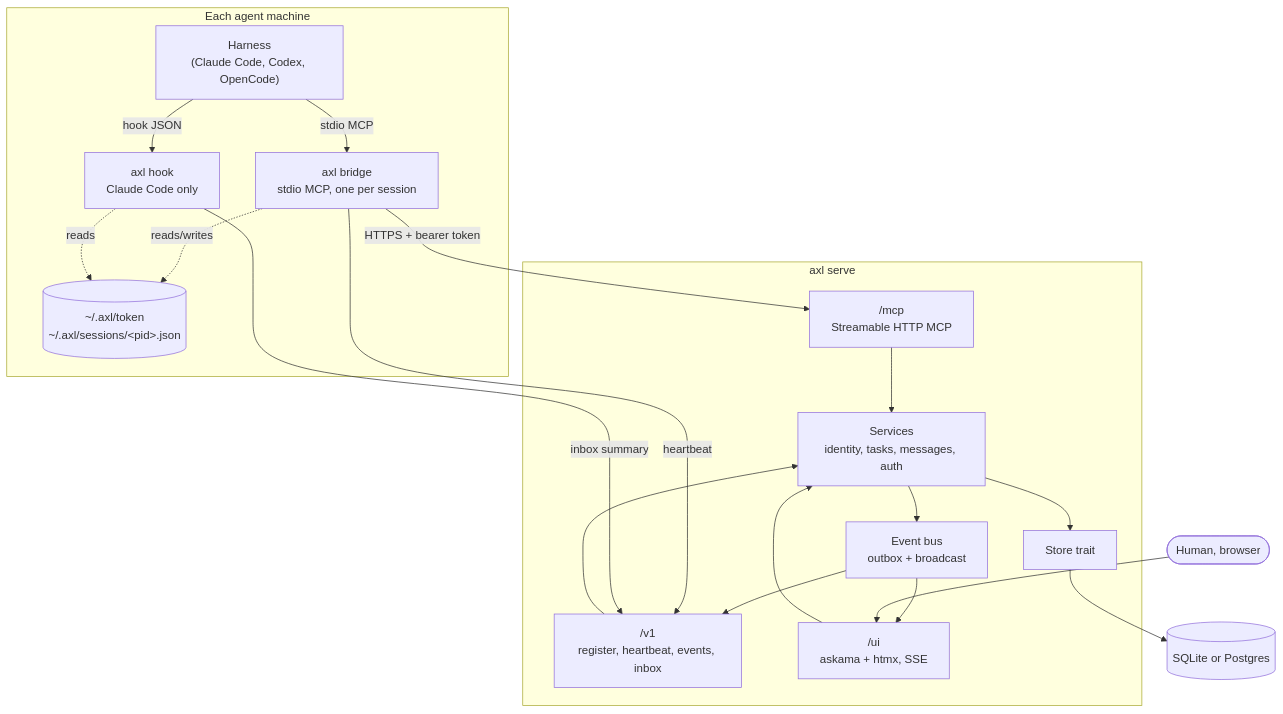
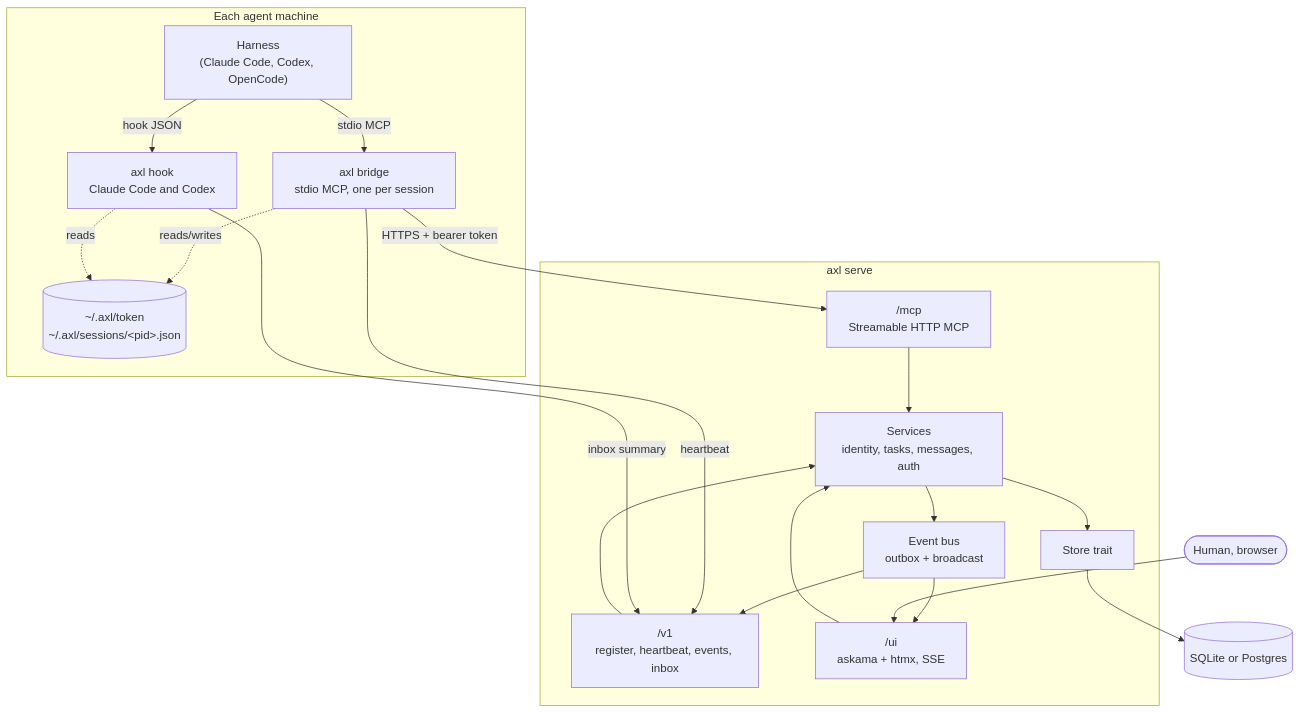
One commit to ReyemTech/axle changed the first of 2 diagrams in docs/architecture.md. Above: the diagram before and after it, drawn with Mermaid. The commit also changed other lines of this file and 10 other files, not shown here.

````diff
--- a/docs/architecture.md
+++ b/docs/architecture.md
@@ -8,34 +8,34 @@
 ```mermaid
 flowchart TB
     subgraph host["Each agent machine"]
         H["Harness<br/>(Claude Code, Codex, OpenCode)"]
         B["axl bridge<br/>stdio MCP, one per session"]
-        K["axl hook<br/>Claude Code only"]
+        K["axl hook<br/>Claude Code and Codex"]
         F[("~/.axl/token<br/>~/.axl/sessions/&lt;pid&gt;.json")]
         H -- "stdio MCP" --> B
         H -- "hook JSON" --> K
         B -. reads/writes .-> F
         K -. reads .-> F
     end
     subgraph server["axl serve"]
         MCP["/mcp<br/>Streamable HTTP MCP"]
         V1["/v1<br/>register, heartbeat, events, inbox"]
         UI["/ui<br/>askama + htmx, SSE"]
         SVC["Services<br/>identity, tasks, messages, auth"]
         BUS["Event bus<br/>outbox + broadcast"]
         ST["Store trait"]
         MCP --> SVC
         V1 --> SVC
         UI --> SVC
         SVC --> ST
         SVC --> BUS
         BUS --> V1
         BUS --> UI
     end
     DB[("SQLite or Postgres")]
     B -- "HTTPS + bearer token" --> MCP
     B -- "heartbeat" --> V1
     K -- "inbox summary" --> V1
     ST --> DB
     Human(["Human, browser"]) --> UI
 ```
````
